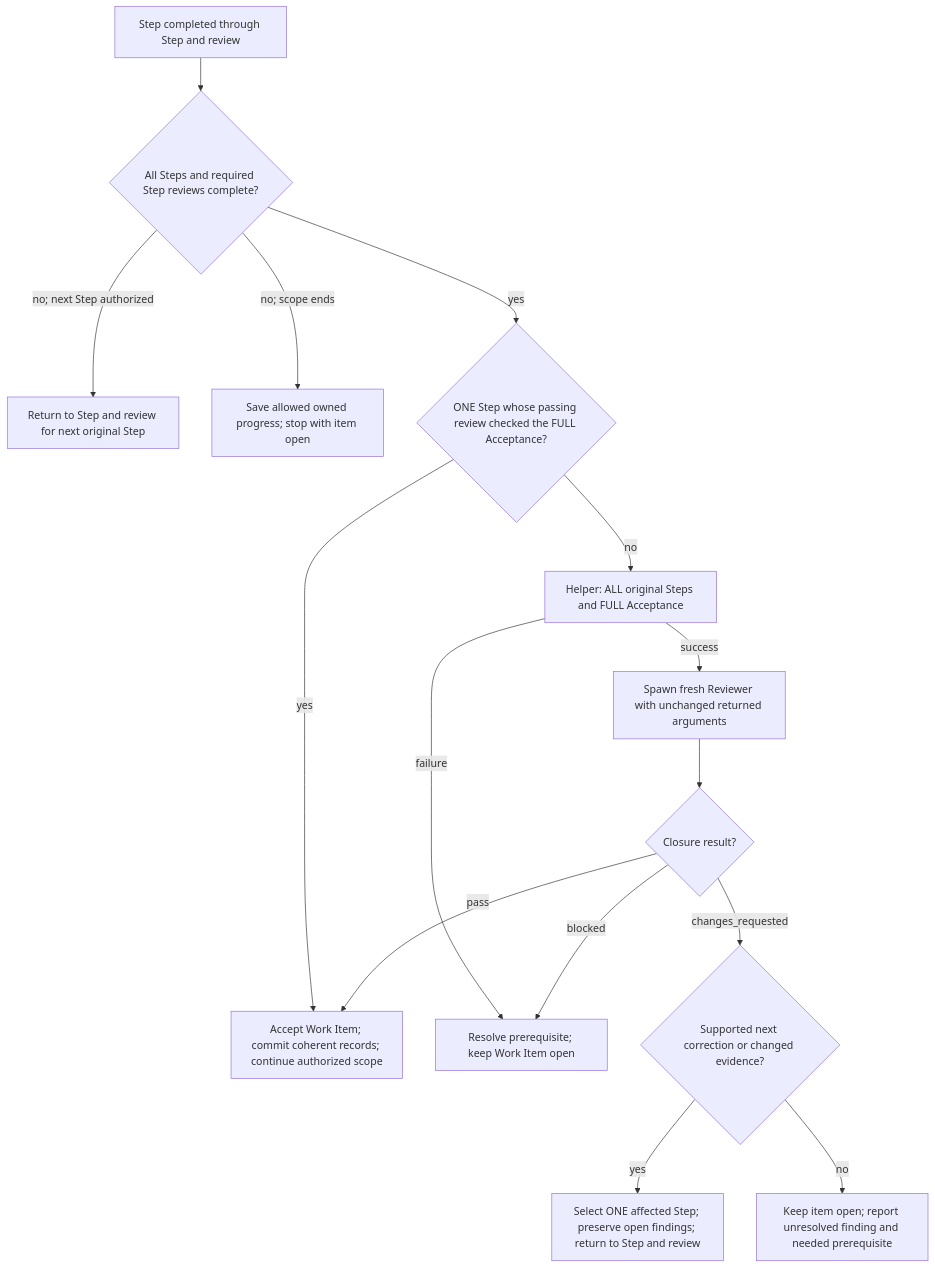
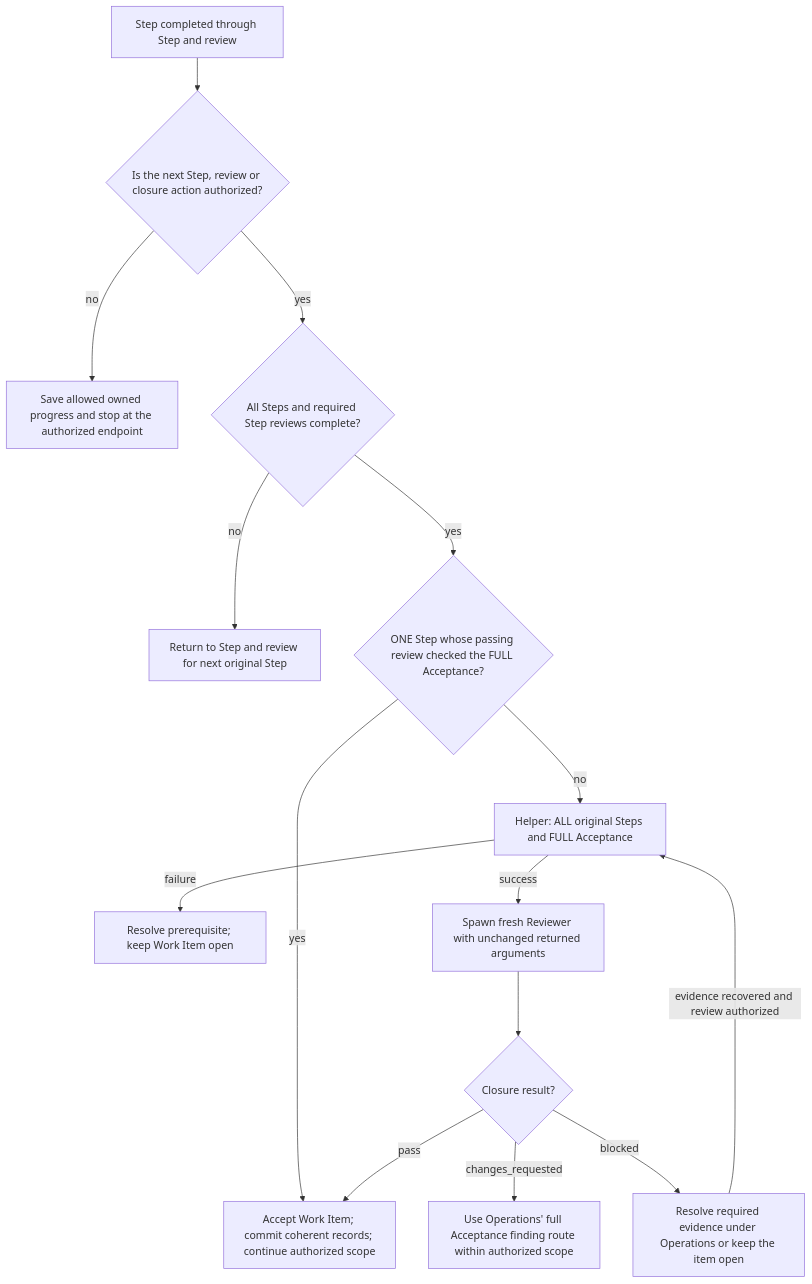
The second of 2 diagrams in packages/scoville-workflow-for-codex/scoville-workflow-for-codex/SKILL.md (benjaminstelzer/scoville-suite-for-codex-mainloop), drawn with Mermaid before and after one commit. The commit also changed other lines of this file and 208 other files, not shown here.

Commit message:
Short code rules, one independent review, test results in the Code README

````diff
--- a/packages/scoville-workflow-for-codex/scoville-workflow-for-codex/SKILL.md
+++ b/packages/scoville-workflow-for-codex/scoville-workflow-for-codex/SKILL.md
@@ -82,17 +83,17 @@
 ```mermaid
 flowchart TD
-  accepted["Step completed through Step and review"] --> more{"All Steps and required Step reviews complete?"}
-  more -->|no; next Step authorized| next["Return to Step and review for next original Step"]
-  more -->|no; scope ends| stop["Save allowed owned progress; stop with item open"]
+  accepted["Step completed through Step and review"] --> scope{"Is the next Step, review or closure action authorized?"}
+  scope -->|no| stop["Save allowed owned progress and stop at the authorized endpoint"]
+  scope -->|yes| more{"All Steps and required Step reviews complete?"}
+  more -->|no| next["Return to Step and review for next original Step"]
   more -->|yes| single{"ONE Step whose passing review checked the FULL Acceptance?"}
   single -->|yes| accept["Accept Work Item; commit coherent records; continue authorized scope"]
   single -->|no| closure["Helper: ALL original Steps and FULL Acceptance"]
   closure -->|failure| blocked["Resolve prerequisite; keep Work Item open"]
   closure -->|success| spawn["Spawn fresh Reviewer with unchanged returned arguments"]
   spawn --> result{"Closure result?"}
-  result -->|changes_requested| approach{"Supported next correction or changed evidence?"}
-  approach -->|yes| affected["Select ONE affected Step; preserve open findings; return to Step and review"]
-  approach -->|no| stalled["Keep item open; report unresolved finding and needed prerequisite"]
-  result -->|blocked| blocked
+  result -->|changes_requested| finding["Use Operations' full Acceptance finding route within authorized scope"]
+  result -->|blocked| missing["Resolve required evidence under Operations or keep the item open"]
+  missing -->|evidence recovered and review authorized| closure
   result -->|pass| accept
 ```
````
